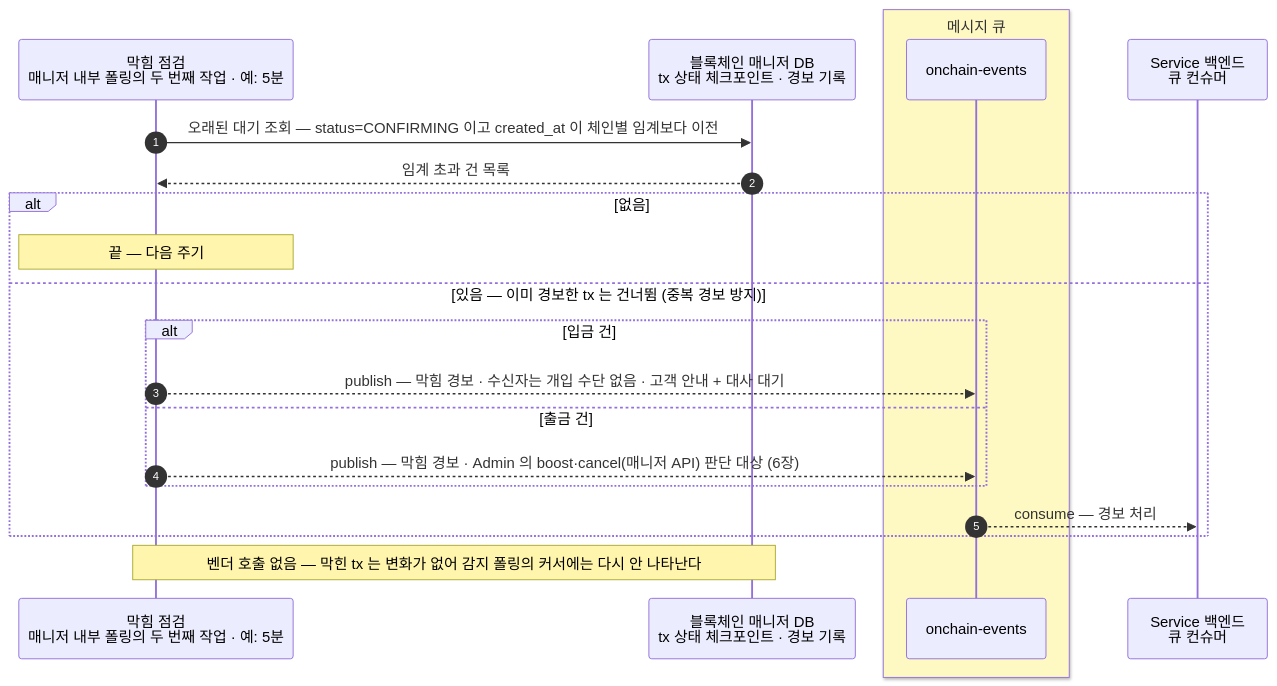
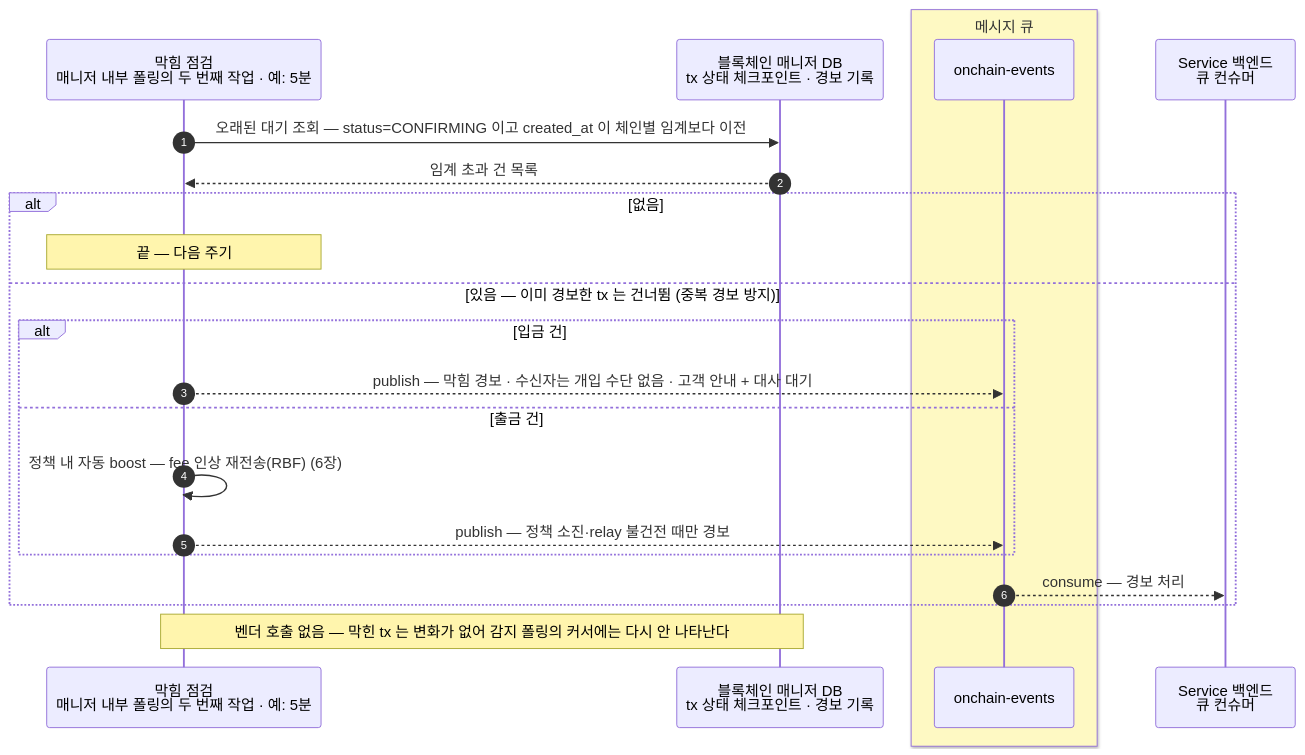
Before and after one commit to eunsujeo/eunpus: the second of 2 diagrams in blockchain-manager/docs/블록체인매니저/설계/04-detect-confirm.md, drawn with Mermaid. The commit also changed other lines of this file and 3 other files, not shown here.

First line of the commit message:
막힘 대응: Admin 수동 boost/cancel → 자동 boost + 신규 11장 CSM/PoC 확인 목록

````diff
--- a/blockchain-manager/docs/블록체인매니저/설계/04-detect-confirm.md
+++ b/blockchain-manager/docs/블록체인매니저/설계/04-detect-confirm.md
@@ -111,24 +111,25 @@
 ```mermaid
 sequenceDiagram
     autonumber
     participant SW as 막힘 점검<br/>매니저 내부 폴링의 두 번째 작업 · 예: 5분
     participant MDB as 블록체인 매니저 DB<br/>tx 상태 체크포인트 · 경보 기록
     box rgb(254,249,195) 메시지 큐
     participant MQ as onchain-events
     end
     participant BE as Service 백엔드<br/>큐 컨슈머
 
     SW->>MDB: 오래된 대기 조회 — status=CONFIRMING 이고 created_at 이 체인별 임계보다 이전
     MDB-->>SW: 임계 초과 건 목록
     alt 없음
         Note over SW: 끝 — 다음 주기
     else 있음 — 이미 경보한 tx 는 건너뜀 (중복 경보 방지)
         alt 입금 건
             SW-->>MQ: publish — 막힘 경보 · 수신자는 개입 수단 없음 · 고객 안내 + 대사 대기
         else 출금 건
-            SW-->>MQ: publish — 막힘 경보 · Admin 의 boost·cancel(매니저 API) 판단 대상 (6장)
+            SW->>SW: 정책 내 자동 boost — fee 인상 재전송(RBF) (6장)
+            SW-->>MQ: publish — 정책 소진·relay 불건전 때만 경보
         end
         MQ-->>BE: consume — 경보 처리
     end
     Note over SW,MDB: 벤더 호출 없음 — 막힌 tx 는 변화가 없어 감지 폴링의 커서에는 다시 안 나타난다
 ```
````
